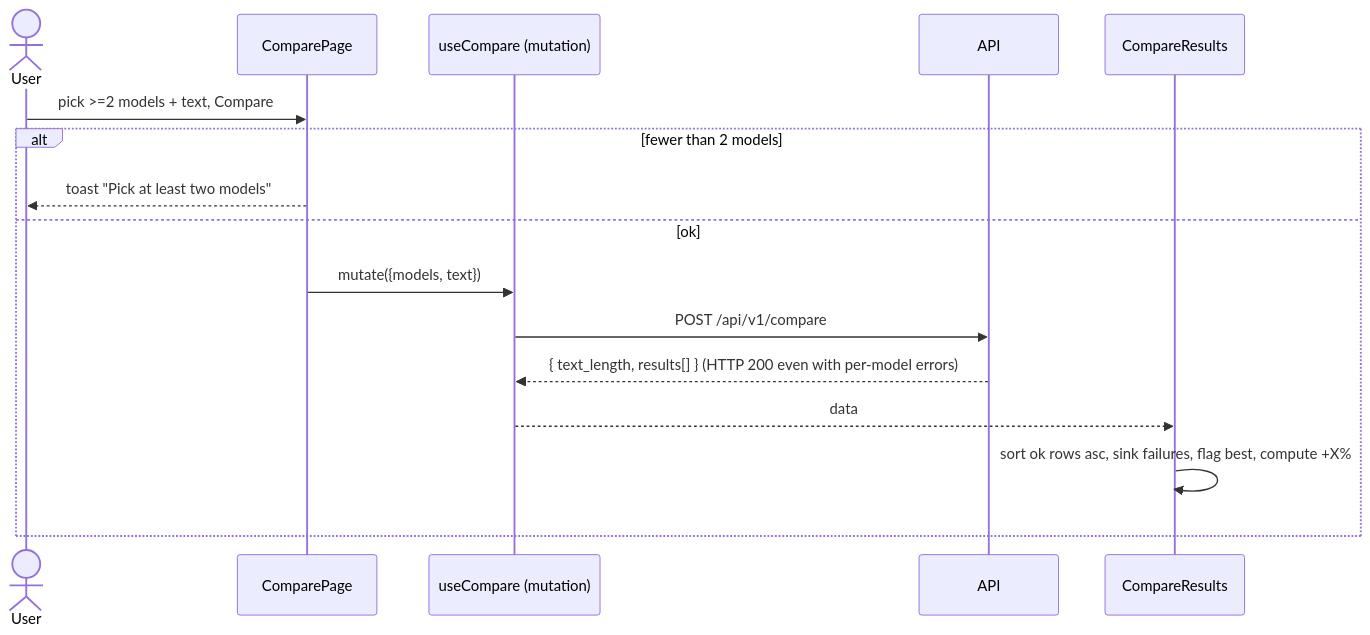
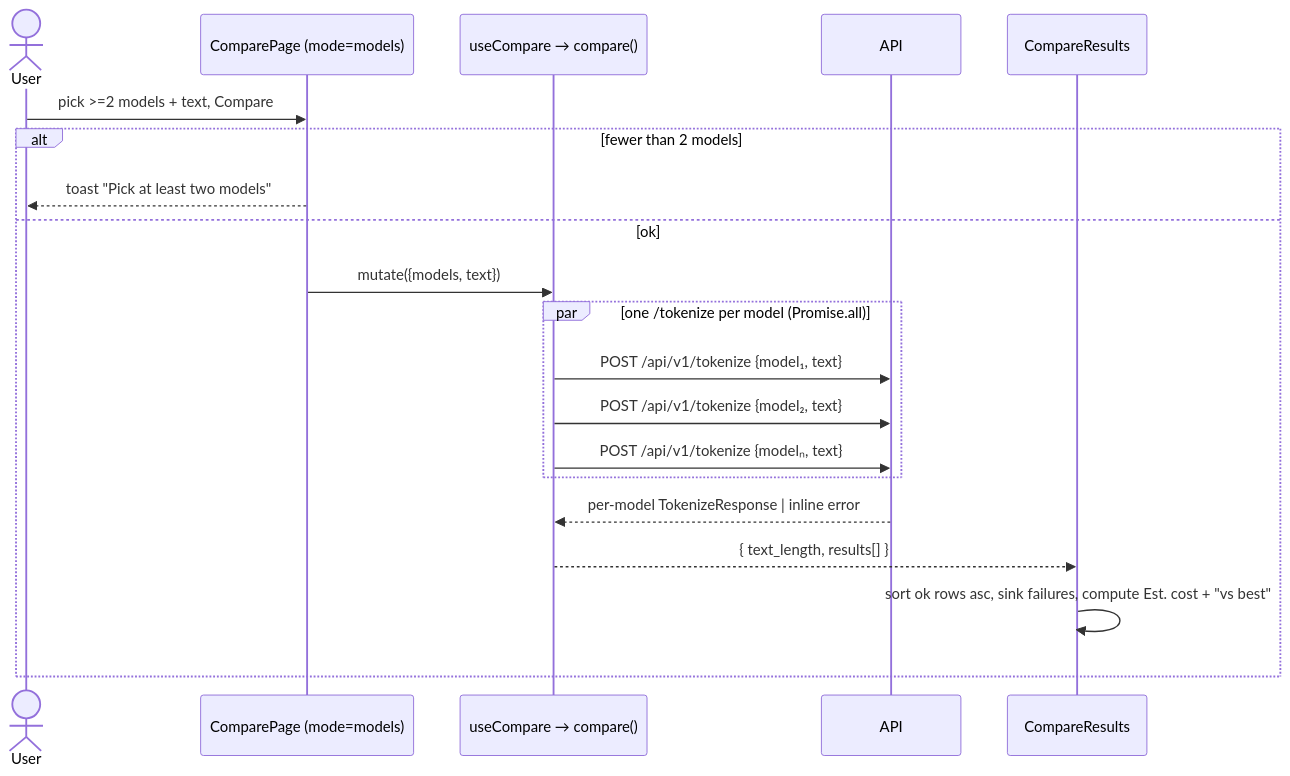
Before and after one commit to akgaur12/PromptTokenizerUI: the third of 4 diagrams in docs/08-state-and-data-flow.md, drawn with Mermaid. The commit also changed other lines of this file and 13 other files, not shown here.

````diff
--- a/docs/08-state-and-data-flow.md
+++ b/docs/08-state-and-data-flow.md
@@ -142,19 +162,23 @@
 ```mermaid
 sequenceDiagram
     actor U as User
-    participant CP as ComparePage
-    participant C as useCompare (mutation)
+    participant CP as ComparePage (mode=models)
+    participant C as useCompare → compare()
     participant API as API
     participant CR as CompareResults
 
     U->>CP: pick >=2 models + text, Compare
     alt fewer than 2 models
         CP-->>U: toast "Pick at least two models"
     else ok
         CP->>C: mutate({models, text})
-        C->>API: POST /api/v1/compare
-        API-->>C: { text_length, results[] }  (HTTP 200 even with per-model errors)
-        C-->>CR: data
-        CR->>CR: sort ok rows asc, sink failures, flag best, compute +X%
+        par one /tokenize per model (Promise.all)
+            C->>API: POST /api/v1/tokenize {model₁, text}
+            C->>API: POST /api/v1/tokenize {model₂, text}
+            C->>API: POST /api/v1/tokenize {modelₙ, text}
+        end
+        API-->>C: per-model TokenizeResponse | inline error
+        C-->>CR: { text_length, results[] }
+        CR->>CR: sort ok rows asc, sink failures, compute Est. cost + "vs best"
     end
 ```
````
